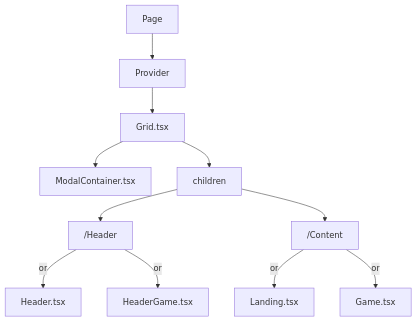
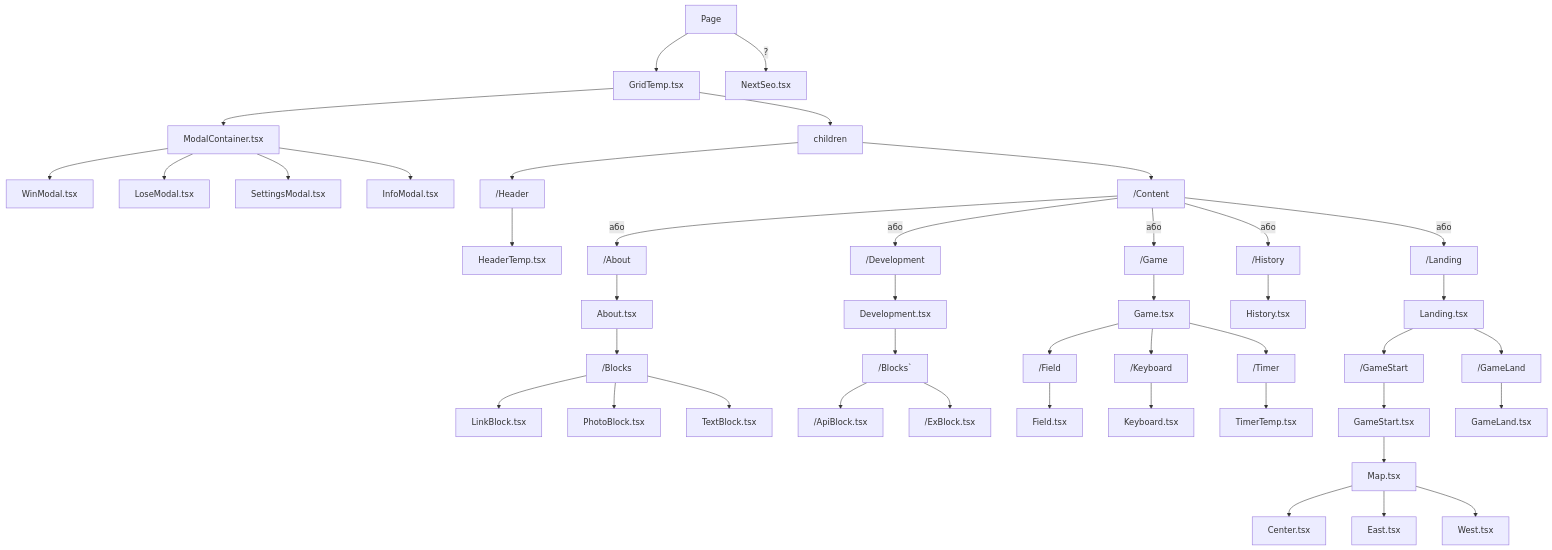
One commit to Teapotka/slovovyr changed the first of 2 diagrams in CONTRIBUTING.md. Above: the diagram before and after it, drawn with Mermaid. The commit also changed other lines of this file and 1 other file, not shown here.

````diff
--- a/CONTRIBUTING.md
+++ b/CONTRIBUTING.md
@@ -61,14 +67,46 @@
 ```mermaid
 graph TD;
-    Page-->Provider;
-    Provider-->Grid.tsx;
-    Grid.tsx-->ModalContainer.tsx;
-    Grid.tsx-->children;
+    Page-->GridTemp.tsx;
+    Page--?-->NextSeo.tsx;
+    GridTemp.tsx-->ModalContainer.tsx;
+    ModalContainer.tsx-->WinModal.tsx;
+    ModalContainer.tsx-->LoseModal.tsx;
+    ModalContainer.tsx-->SettingsModal.tsx;
+    ModalContainer.tsx-->InfoModal.tsx;
+    GridTemp.tsx-->children;
     children-->/Header;
-    /Header-- or-->Header.tsx;
-    /Header-- or-->HeaderGame.tsx;
+    /Header-->HeaderTemp.tsx;
     children-->/Content;
-    /Content-- or--> Landing.tsx;
-    /Content-- or--> Game.tsx;
+    /Content-- або--> /About;
+    /Content-- або--> /Development;
+    /Content-- або--> /Game;
+    /Content-- або--> /History;
+    /Content-- або--> /Landing;
+    /About--> About.tsx;
+    /Development--> Development.tsx;
+    /Game--> Game.tsx;
+    /History--> History.tsx;
+    /Landing--> Landing.tsx;
+    About.tsx--> /Blocks;
+    /Blocks--> LinkBlock.tsx;
+    /Blocks--> PhotoBlock.tsx;
+    /Blocks--> TextBlock.tsx;
+    Development.tsx--> /Blocks`;
+    /Blocks`--> /ApiBlock.tsx;
+    /Blocks`--> /ExBlock.tsx;
+    Game.tsx--> /Field;
+    Game.tsx--> /Keyboard;
+    Game.tsx--> /Timer;
+    /Field--> Field.tsx;
+    /Keyboard--> Keyboard.tsx;
+    /Timer--> TimerTemp.tsx;
+    Landing.tsx--> /GameStart;
+    Landing.tsx--> /GameLand;
+    /GameStart--> GameStart.tsx;
+    GameStart.tsx--> Map.tsx;
+    Map.tsx--> Center.tsx;
+    Map.tsx--> East.tsx;
+    Map.tsx--> West.tsx;
+    /GameLand--> GameLand.tsx;
 
 ```
````
